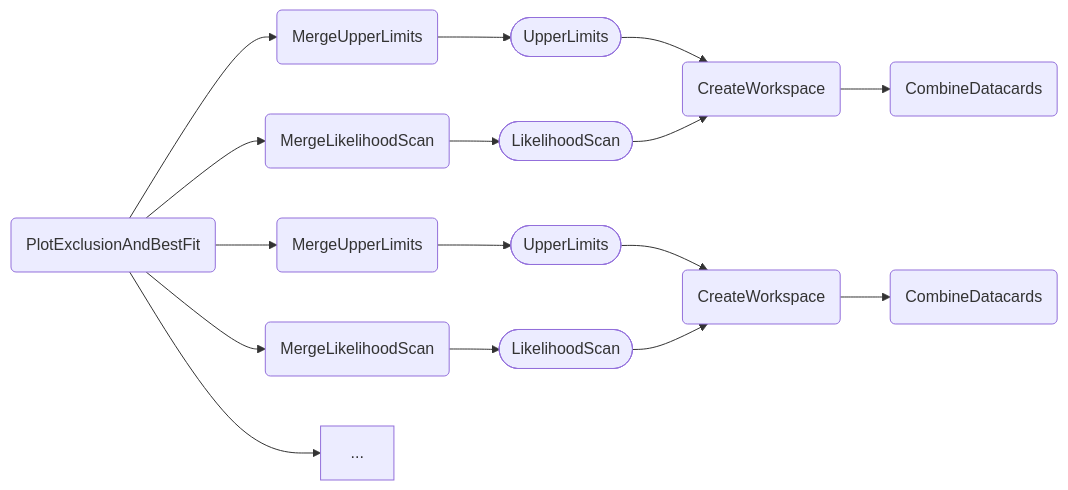
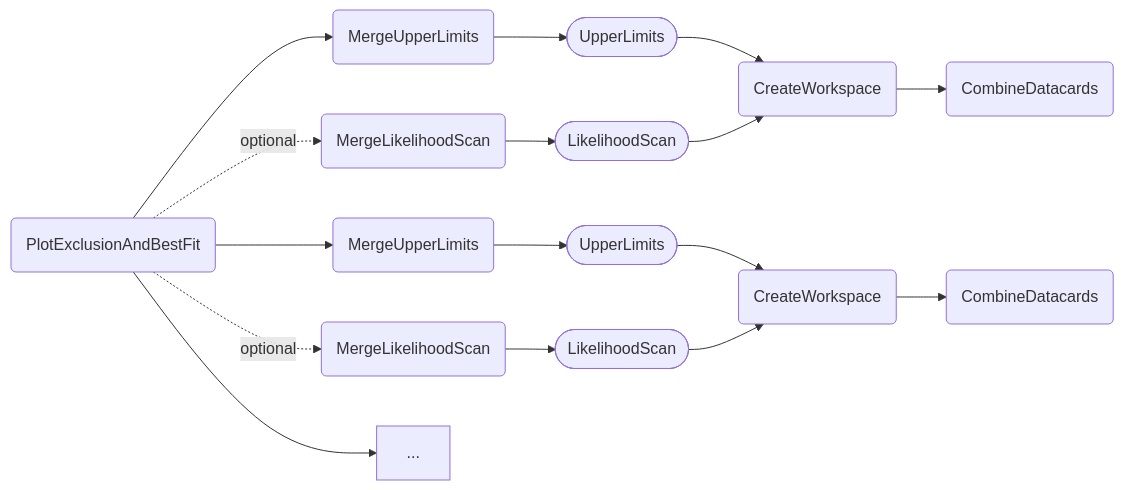
Before and after one commit to cms-hh/inference_tools: the first of 2 diagrams in docs/content/tasks/exclusion.md, drawn with Mermaid. The commit also changed other lines of this file and 9 other files, not shown here.

````diff
--- a/docs/content/tasks/exclusion.md
+++ b/docs/content/tasks/exclusion.md
@@ -34,18 +34,18 @@
 ```mermaid
 graph LR;
     A(PlotExclusionAndBestFit) --> B1(MergeUpperLimits);
-    A --> C1(MergeLikelihoodScan);
+    A -. optional .-> C1(MergeLikelihoodScan);
     B1 --> D1([UpperLimits]);
     D1 --> F1(CreateWorkspace);
     F1 --> G1(CombineDatacards);
     C1 --> E1([LikelihoodScan]);
     E1 --> F1;
     A --> B2(MergeUpperLimits);
-    A --> C2(MergeLikelihoodScan);
+    A -. optional .-> C2(MergeLikelihoodScan);
     B2 --> D2([UpperLimits]);
     D2 --> F2(CreateWorkspace);
     F2 --> G2(CombineDatacards);
     C2 --> E2([LikelihoodScan]);
     E2 --> F2;
     A --> ...;
 ```
````
